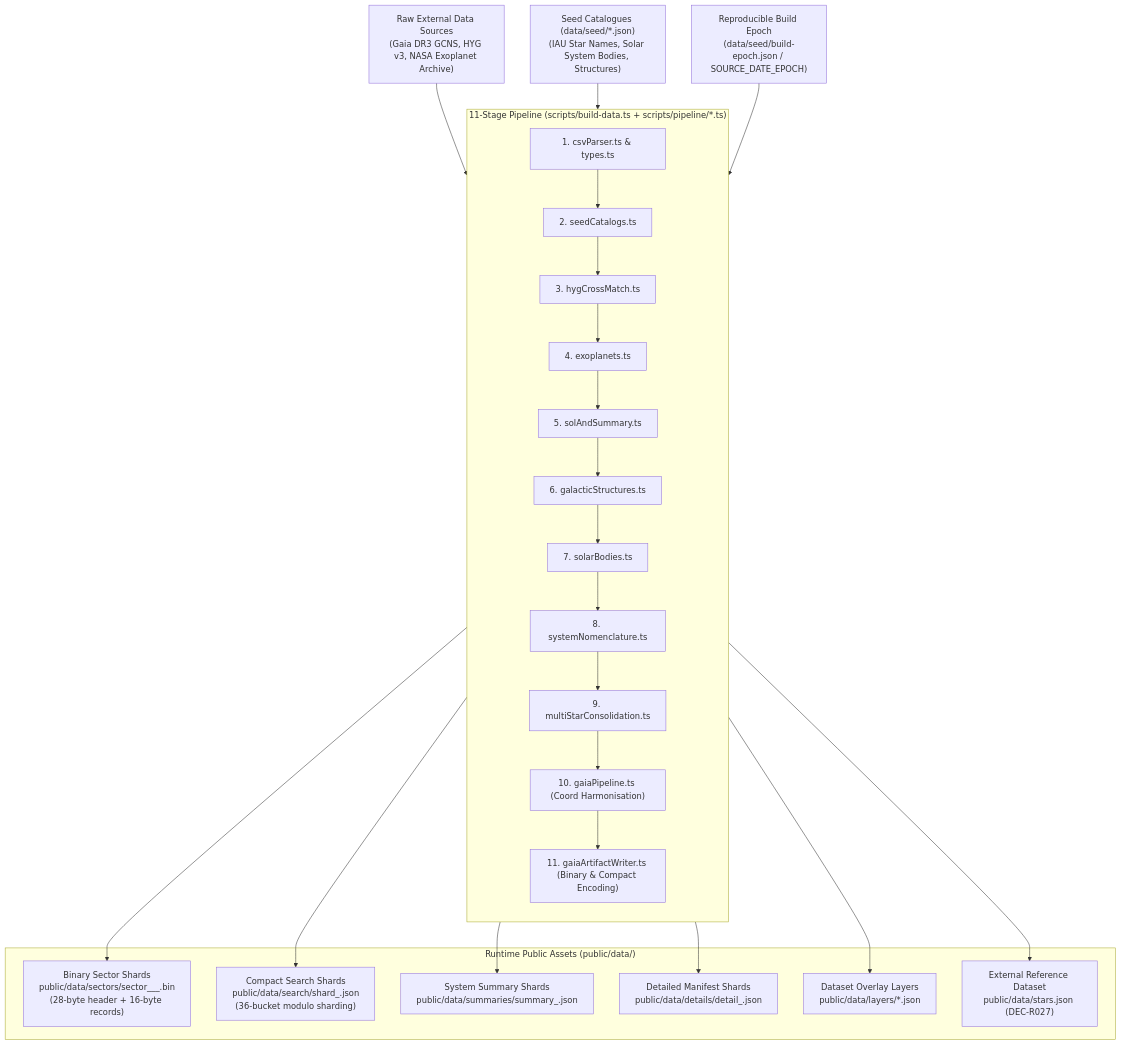
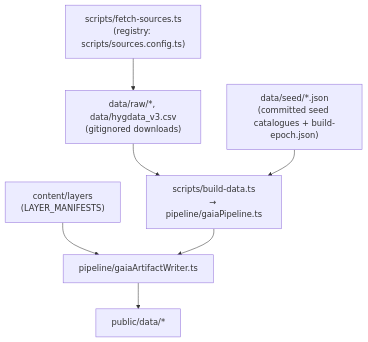
The diagram in docs/architecture/data-pipeline.md (marcelkornblum/starmap), drawn with Mermaid before and after one commit. The commit also changed other lines of this file and 18 other files, not shown here.

First line of the commit message:
chore(docs): reconcile data, architecture and design docs; drop shadowing code-review skill

````diff
--- a/docs/architecture/data-pipeline.md
+++ b/docs/architecture/data-pipeline.md
@@ -11,42 +9,17 @@
 ```mermaid
 flowchart TD
-    RawSources["Raw External Data Sources\n(Gaia DR3 GCNS, HYG v3, NASA Exoplanet Archive)"]
-    SeedCatalogs["Seed Catalogues (data/seed/*.json)\n(IAU Star Names, Solar System Bodies, Structures)"]
-    BuildEpoch["Reproducible Build Epoch\n(data/seed/build-epoch.json / SOURCE_DATE_EPOCH)"]
+    Fetch["scripts/fetch-sources.ts\n(registry: scripts/sources.config.ts)"]
+    Raw["data/raw/*, data/hygdata_v3.csv\n(gitignored downloads)"]
+    Seed["data/seed/*.json\n(committed seed catalogues + build-epoch.json)"]
+    Layers["content/layers\n(LAYER_MANIFESTS)"]
+    Build["scripts/build-data.ts\n→ pipeline/gaiaPipeline.ts"]
+    Writer["pipeline/gaiaArtifactWriter.ts"]
+    Out["public/data/*"]
 
-    subgraph Pipeline["11-Stage Pipeline (scripts/build-data.ts + scripts/pipeline/*.ts)"]
-        direction TB
-        S1["1. csvParser.ts & types.ts"]
-        S2["2. seedCatalogs.ts"]
-        S3["3. hygCrossMatch.ts"]
-        S4["4. exoplanets.ts"]
-        S5["5. solAndSummary.ts"]
-        S6["6. galacticStructures.ts"]
-        S7["7. solarBodies.ts"]
-        S8["8. systemNomenclature.ts"]
-        S9["9. multiStarConsolidation.ts"]
-        S10["10. gaiaPipeline.ts (Coord Harmonisation)"]
-        S11["11. gaiaArtifactWriter.ts (Binary & Compact Encoding)"]
-        
-        S1 --> S2 --> S3 --> S4 --> S5 --> S6 --> S7 --> S8 --> S9 --> S10 --> S11
-    end
-
-    subgraph RuntimeOutputs["Runtime Public Assets (public/data/)"]
-        BinarySectors["Binary Sector Shards\npublic/data/sectors/sector_<x>_<y>_<z>.bin\n(28-byte header + 16-byte records)"]
-        CompactSearch["Compact Search Shards\npublic/data/search/shard_<key>.json\n(36-bucket modulo sharding)"]
-        SystemSummaries["System Summary Shards\npublic/data/summaries/summary_<key>.json"]
-        DetailedManifests["Detailed Manifest Shards\npublic/data/details/detail_<key>.json"]
-        DatasetLayers["Dataset Overlay Layers\npublic/data/layers/*.json"]
-        ExternalReference["External Reference Dataset\npublic/data/stars.json (DEC-R027)"]
-    end
-
-    RawSources --> Pipeline
-    SeedCatalogs --> Pipeline
-    BuildEpoch --> Pipeline
-    Pipeline --> BinarySectors
-    Pipeline --> CompactSearch
-    Pipeline --> SystemSummaries
-    Pipeline --> DetailedManifests
-    Pipeline --> DatasetLayers
-    Pipeline --> ExternalReference
+    Fetch --> Raw
+    Raw --> Build
+    Seed --> Build
+    Layers --> Writer
+    Build --> Writer
+    Writer --> Out
 ```
````
